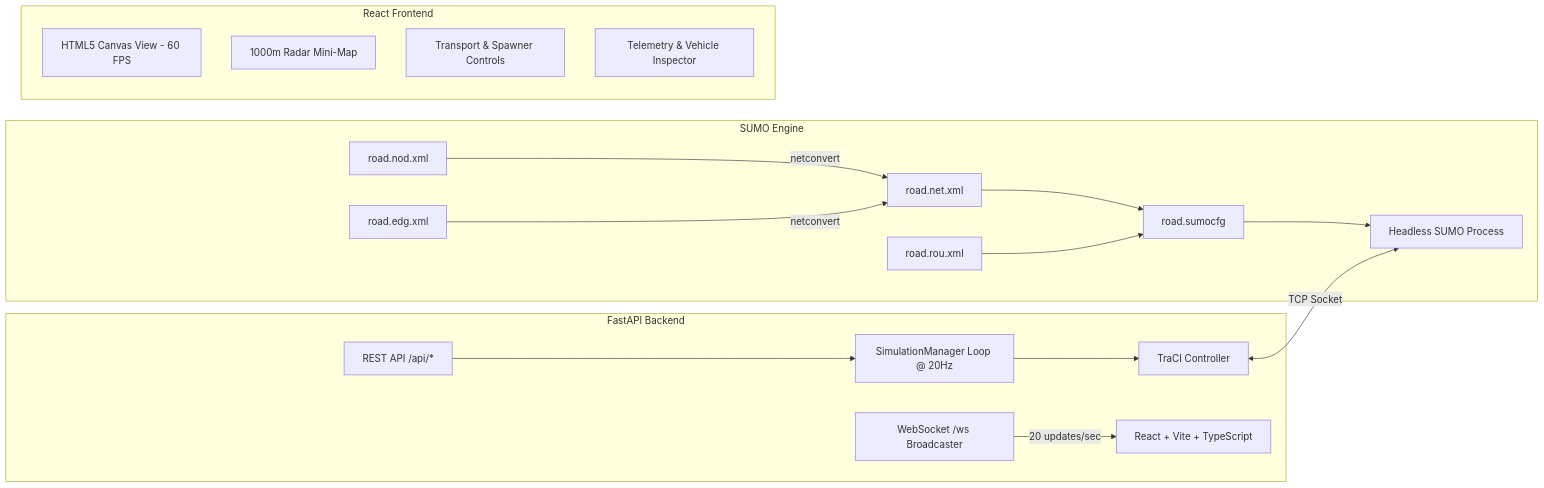
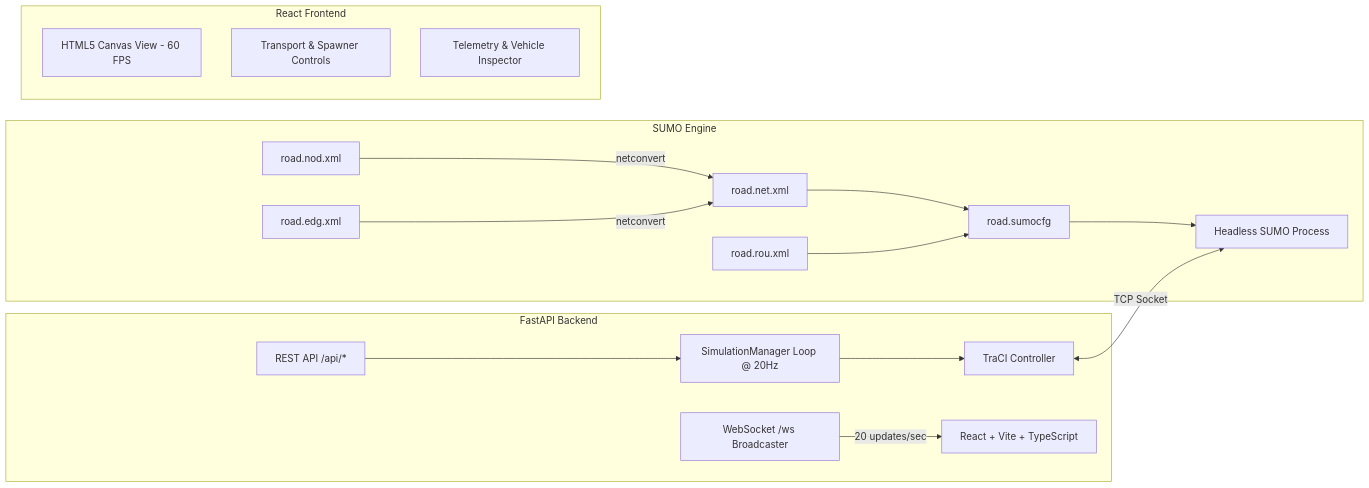
The diagram in README.md (vkivaturi/traffis), drawn with Mermaid before and after one commit. The commit also changed other lines of this file and 17 other files, not shown here.

````diff
--- a/README.md
+++ b/README.md
@@ -16,23 +16,22 @@
 ```mermaid
 graph LR
     subgraph SUMO Engine
         NOD[road.nod.xml] & EDG[road.edg.xml] -->|netconvert| NET[road.net.xml]
         NET & ROU[road.rou.xml] --> SC[road.sumocfg]
         SC --> SB[Headless SUMO Process]
     end
 
     subgraph FastAPI Backend
         TC[TraCI Controller] <-->|TCP Socket| SB
         SM[SimulationManager Loop @ 20Hz] --> TC
         WS[WebSocket /ws Broadcaster] -->|20 updates/sec| FE
         REST[REST API /api/*] --> SM
     end
 
     subgraph React Frontend
         FE[React + Vite + TypeScript]
         CV[HTML5 Canvas View - 60 FPS]
-        MM[1000m Radar Mini-Map]
         CTRL[Transport & Spawner Controls]
         HUD[Telemetry & Vehicle Inspector]
     end
 ```
````
